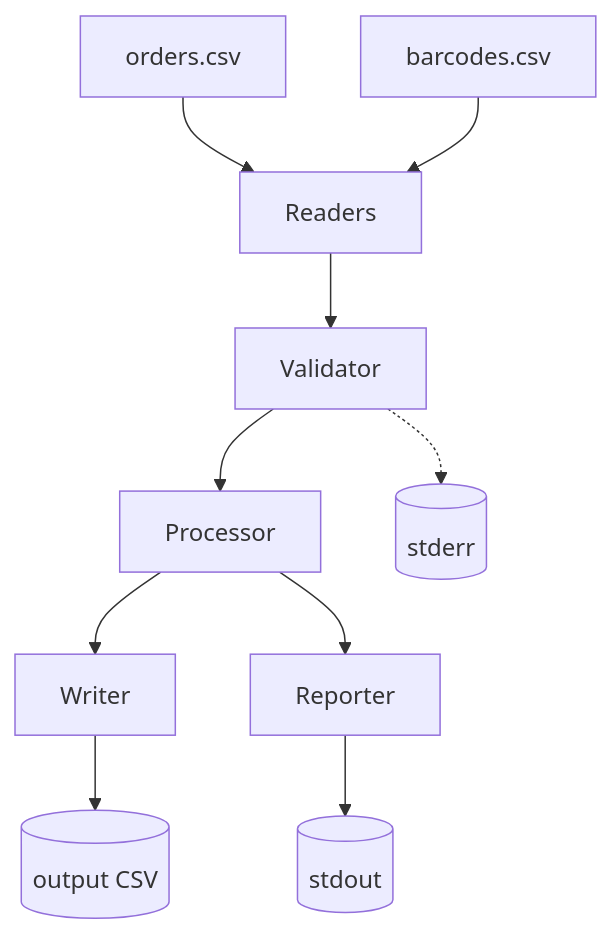
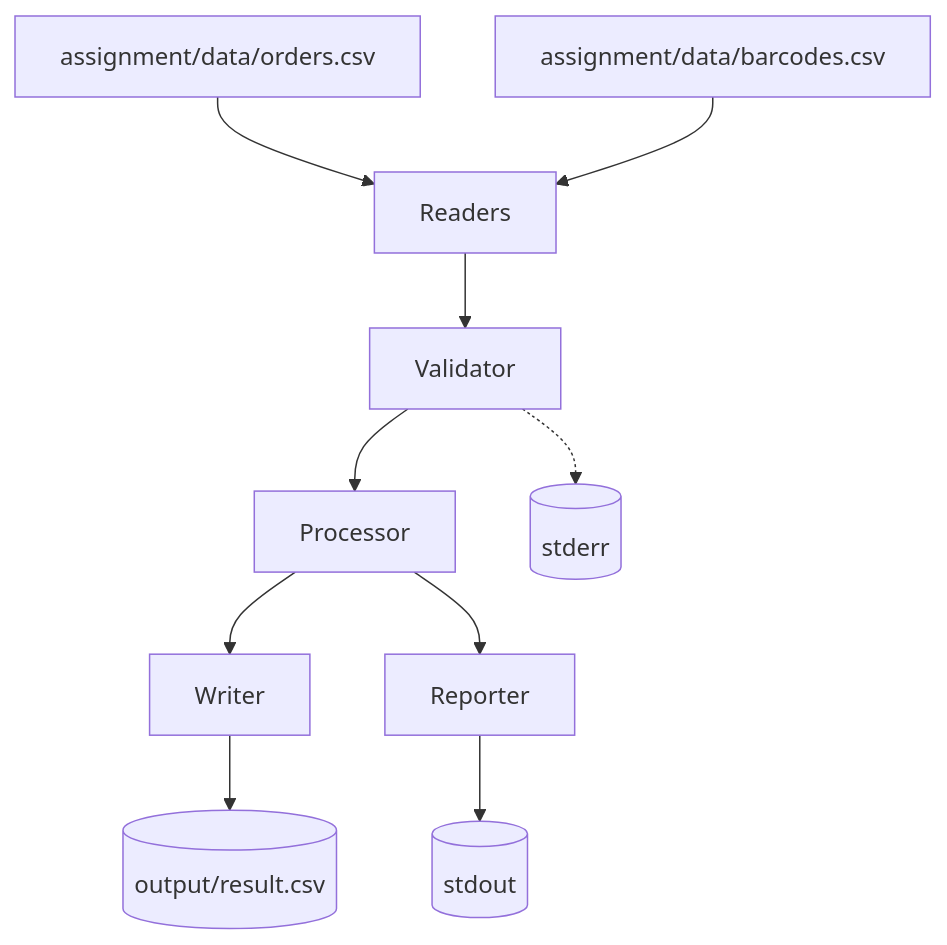
One commit to burakcetindev/tiqets-backend-assignment changed the diagram in docs/architecture.md. Above: the diagram before and after it, drawn with Mermaid. The commit also changed other lines of this file and 25 other files, not shown here.

````diff
--- a/docs/architecture.md
+++ b/docs/architecture.md
@@ -21,12 +30,12 @@
 ```mermaid
 graph TD
-    Orders["orders.csv"] --> Readers
-    Barcodes["barcodes.csv"] --> Readers
-    Readers --> Validator
-    Validator --> Processor
-    Processor --> Writer
-    Processor --> Reporter
-    Writer --> Output[("output CSV")]
-    Reporter --> Stdout[("stdout")]
-    Validator -.-> Stderr[("stderr")]
+    A["assignment/data/orders.csv"] --> R[Readers]
+    B["assignment/data/barcodes.csv"] --> R
+    R --> V[Validator]
+    V --> P[Processor]
+    P --> W[Writer]
+    P --> Rep[Reporter]
+    W --> Out[("output/result.csv")]
+    Rep --> Stdout[("stdout")]
+    V -.-> Stderr[("stderr")]
 ```
````
